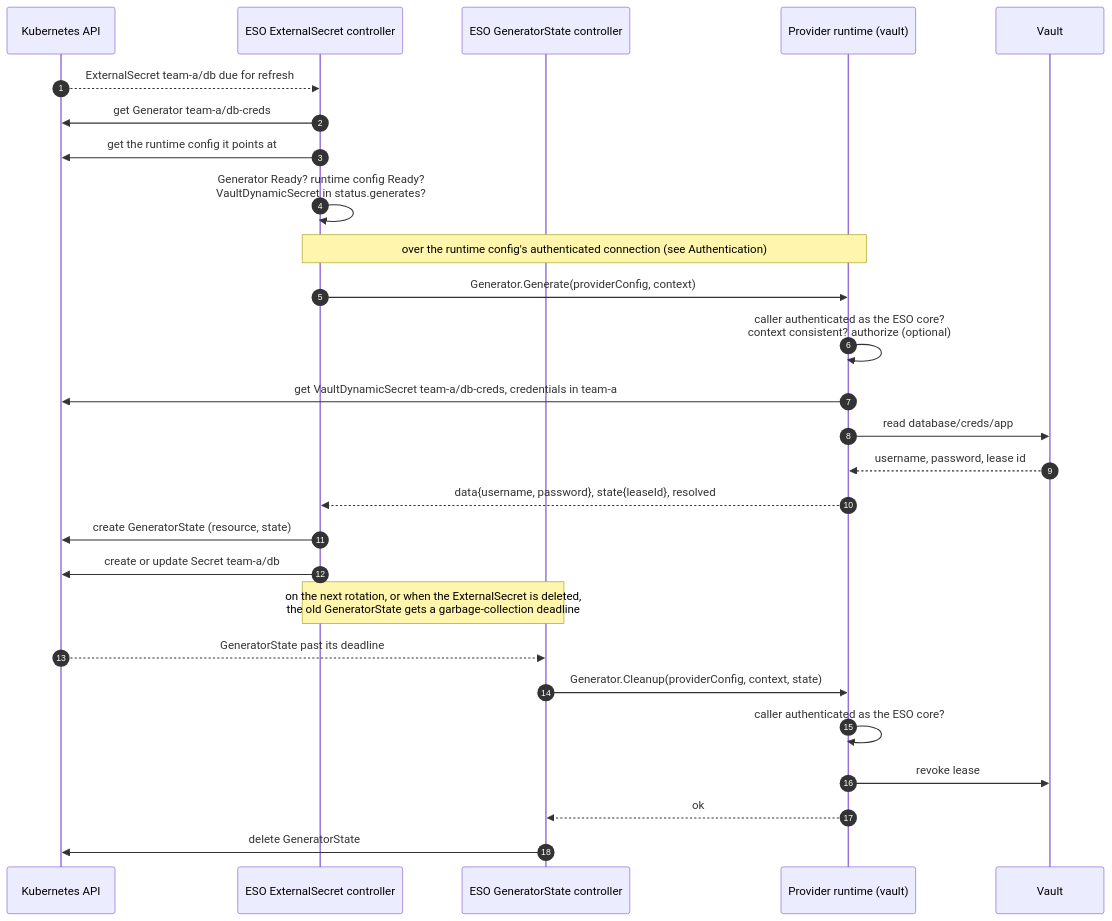
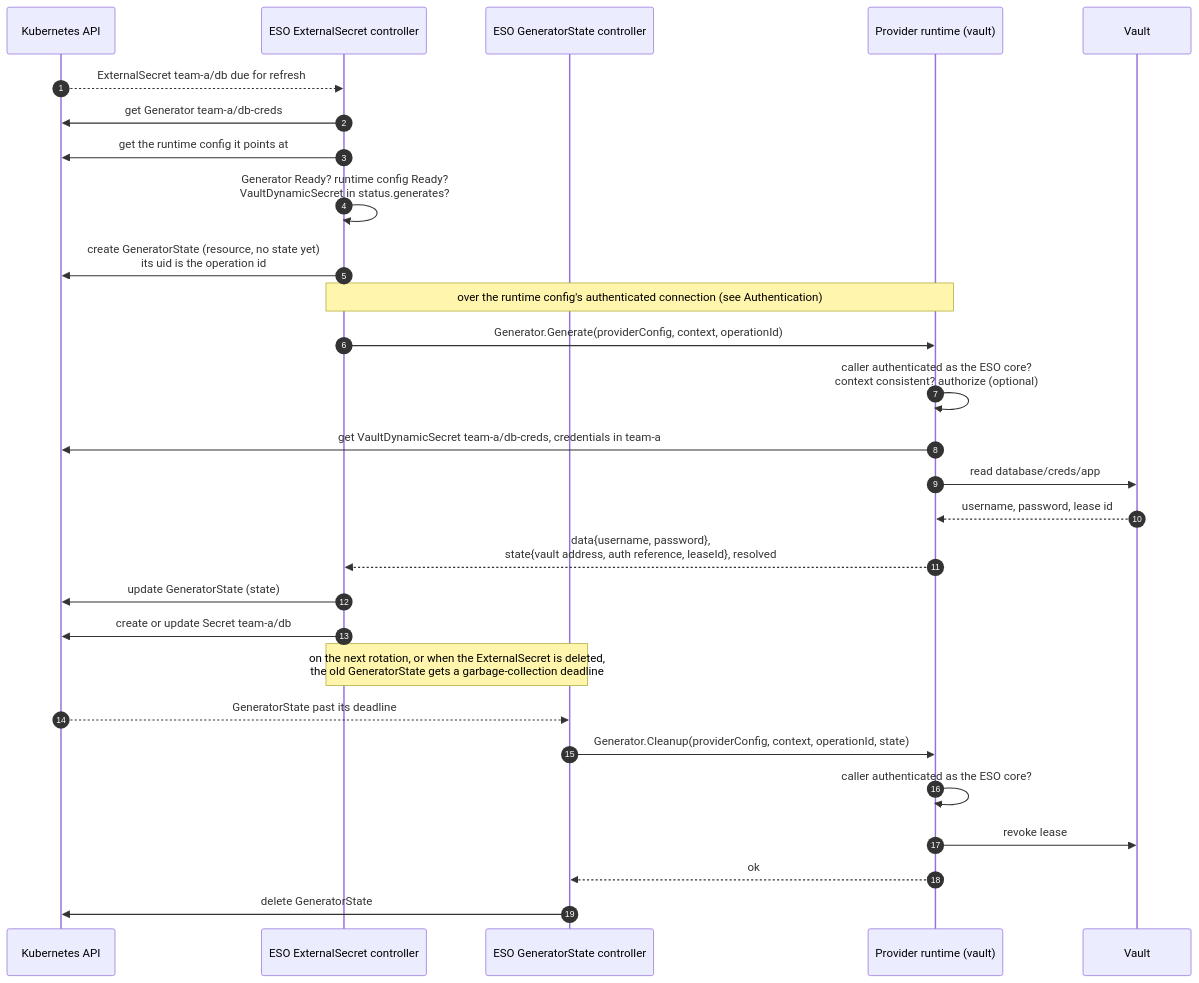
One commit to external-secrets/external-secrets changed the fifth of 5 diagrams in design/014/PROTOCOL.md. Above: the diagram before and after it, drawn with Mermaid. The commit also changed other lines of this file and 5 other files, not shown here.

````diff
--- a/design/014/PROTOCOL.md
+++ b/design/014/PROTOCOL.md
@@ -385,30 +386,31 @@
 ```mermaid
 sequenceDiagram
     autonumber
     participant K as Kubernetes API
     participant EC as ESO ExternalSecret controller
     participant GC as ESO GeneratorState controller
     participant P as Provider runtime (vault)
     participant B as Vault
 
     K-->>EC: ExternalSecret team-a/db due for refresh
     EC->>K: get Generator team-a/db-creds
     EC->>K: get the runtime config it points at
     EC->>EC: Generator Ready? runtime config Ready?<br/>VaultDynamicSecret in status.generates?
+    EC->>K: create GeneratorState (resource, no state yet)<br/>its uid is the operation id
     Note over EC,P: over the runtime config's authenticated connection (see Authentication)
-    EC->>P: Generator.Generate(providerConfig, context)
+    EC->>P: Generator.Generate(providerConfig, context, operationId)
     P->>P: caller authenticated as the ESO core?<br/>context consistent? authorize (optional)
     P->>K: get VaultDynamicSecret team-a/db-creds, credentials in team-a
     P->>B: read database/creds/app
     B-->>P: username, password, lease id
-    P-->>EC: data{username, password}, state{leaseId}, resolved
-    EC->>K: create GeneratorState (resource, state)
+    P-->>EC: data{username, password},<br/>state{vault address, auth reference, leaseId}, resolved
+    EC->>K: update GeneratorState (state)
     EC->>K: create or update Secret team-a/db
     Note over EC,GC: on the next rotation, or when the ExternalSecret is deleted,<br/>the old GeneratorState gets a garbage-collection deadline
     K-->>GC: GeneratorState past its deadline
-    GC->>P: Generator.Cleanup(providerConfig, context, state)
+    GC->>P: Generator.Cleanup(providerConfig, context, operationId, state)
     P->>P: caller authenticated as the ESO core?
     P->>B: revoke lease
     P-->>GC: ok
     GC->>K: delete GeneratorState
 ```
````
